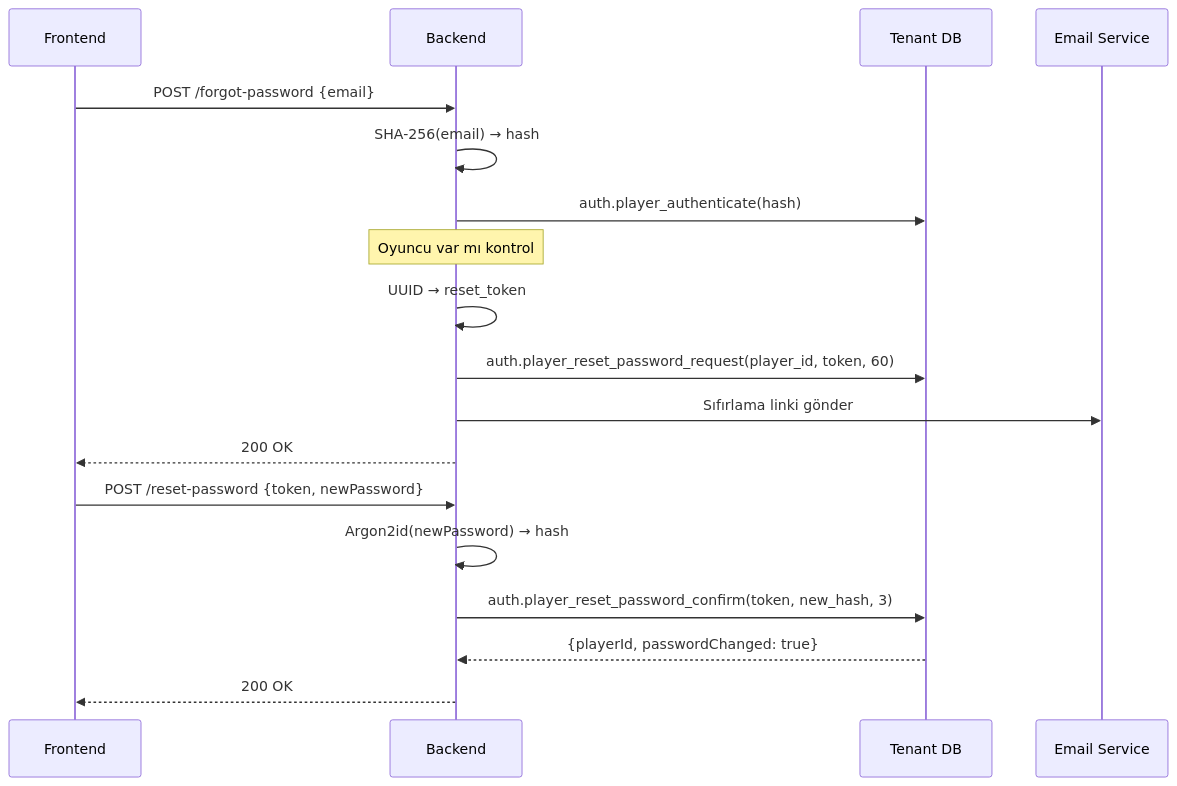
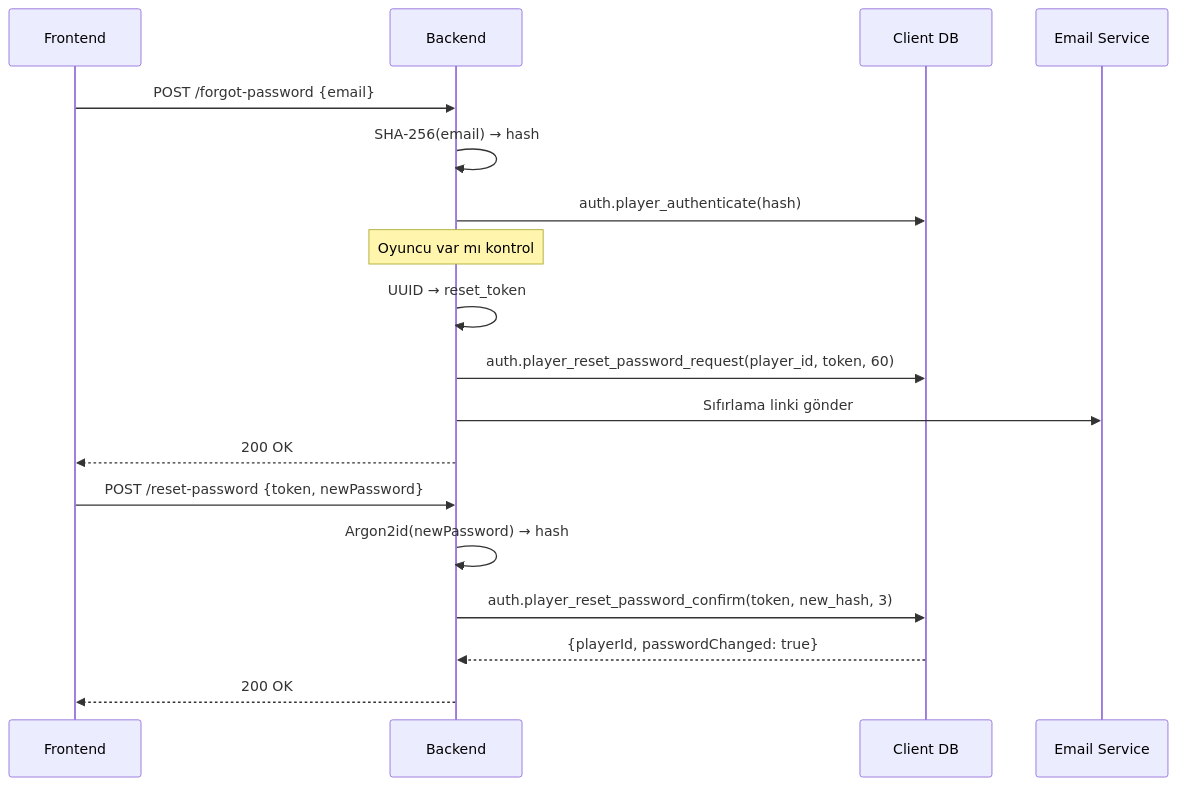
Before and after one commit to frhtshn/One.DB: the sixth of 9 diagrams in .docs/guides/PLAYER_AUTH_KYC_GUIDE.md, drawn with Mermaid. The commit also changed other lines of this file and 442 other files, not shown here.

First line of the commit message:
Nucleo → Sortis One ve tenant → client içerik güncellemeleri

````diff
--- a/.docs/guides/PLAYER_AUTH_KYC_GUIDE.md
+++ b/.docs/guides/PLAYER_AUTH_KYC_GUIDE.md
@@ -233,22 +233,22 @@
 ```mermaid
 sequenceDiagram
     participant FE as Frontend
     participant BE as Backend
-    participant TD as Tenant DB
+    participant TD as Client DB
     participant ES as Email Service
 
     FE->>BE: POST /forgot-password {email}
     BE->>BE: SHA-256(email) → hash
     BE->>TD: auth.player_authenticate(hash)
     Note over BE: Oyuncu var mı kontrol
     BE->>BE: UUID → reset_token
     BE->>TD: auth.player_reset_password_request(player_id, token, 60)
     BE->>ES: Sıfırlama linki gönder
     BE-->>FE: 200 OK
 
     FE->>BE: POST /reset-password {token, newPassword}
     BE->>BE: Argon2id(newPassword) → hash
     BE->>TD: auth.player_reset_password_confirm(token, new_hash, 3)
     TD-->>BE: {playerId, passwordChanged: true}
     BE-->>FE: 200 OK
 ```
````
